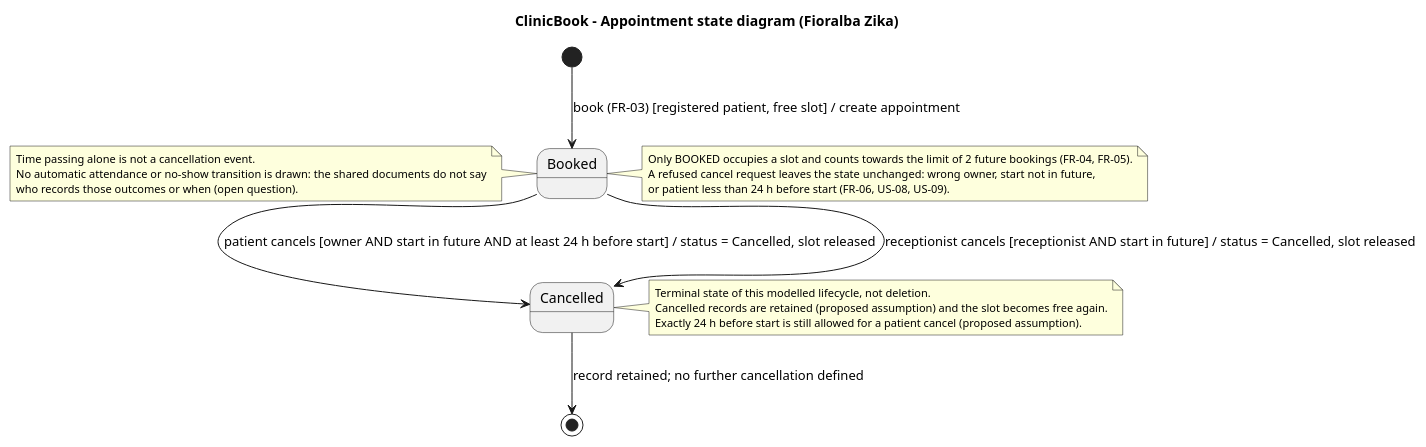
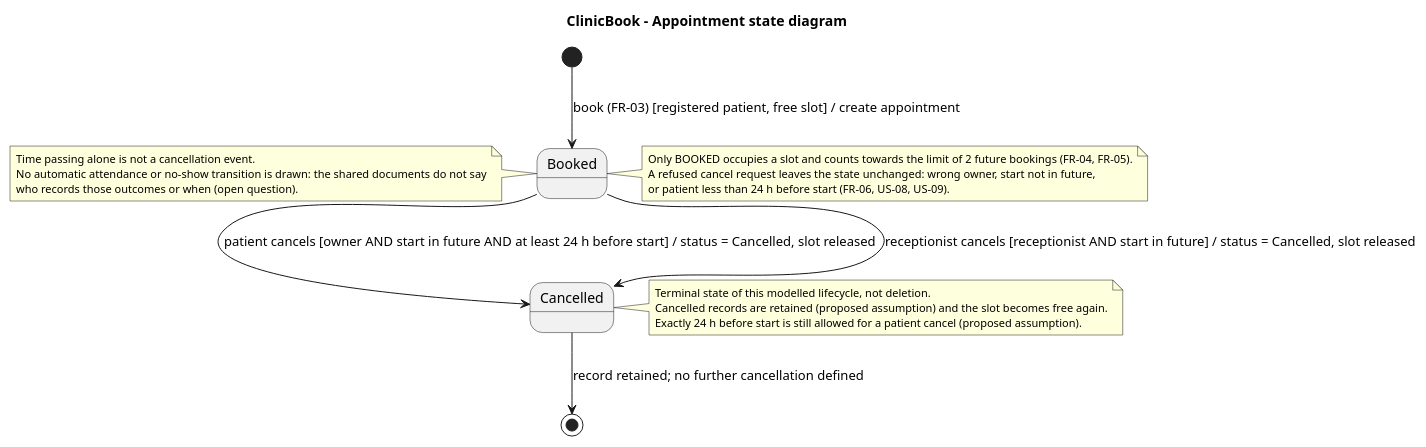
The diagram in docs/models/appointment-state-diagram.puml (fioriZika/Clinic-Book), drawn with PlantUML before and after one commit. The commit also changed 4 other files, not shown here.

Commit message:
Clarify UML model documentation and diagram titles

```diff
--- a/docs/models/appointment-state-diagram.puml
+++ b/docs/models/appointment-state-diagram.puml
@@ -1,34 +1,34 @@
 @startuml
-title ClinicBook - Appointment state diagram (Fioralba Zika)
+title ClinicBook - Appointment state diagram
 
 skinparam noteFontSize 11
 
 state "Booked" as Booked
 state "Cancelled" as Cancelled
 
 [*] --> Booked : book (FR-03) [registered patient, free slot] / create appointment
 
 Booked --> Cancelled : patient cancels [owner AND start in future AND at least 24 h before start] / status = Cancelled, slot released
 Booked --> Cancelled : receptionist cancels [receptionist AND start in future] / status = Cancelled, slot released
 
 Cancelled --> [*] : record retained; no further cancellation defined
 
 note right of Booked
   Only BOOKED occupies a slot and counts towards the limit of 2 future bookings (FR-04, FR-05).
   A refused cancel request leaves the state unchanged: wrong owner, start not in future,
   or patient less than 24 h before start (FR-06, US-08, US-09).
 end note
 
 note left of Booked
   Time passing alone is not a cancellation event.
   No automatic attendance or no-show transition is drawn: the shared documents do not say
   who records those outcomes or when (open question).
 end note
 
 note right of Cancelled
   Terminal state of this modelled lifecycle, not deletion.
   Cancelled records are retained (proposed assumption) and the slot becomes free again.
   Exactly 24 h before start is still allowed for a patient cancel (proposed assumption).
 end note
 
 @enduml
```
